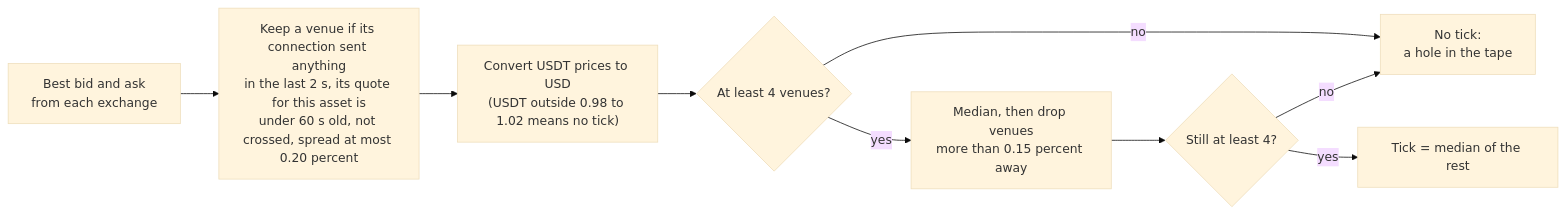
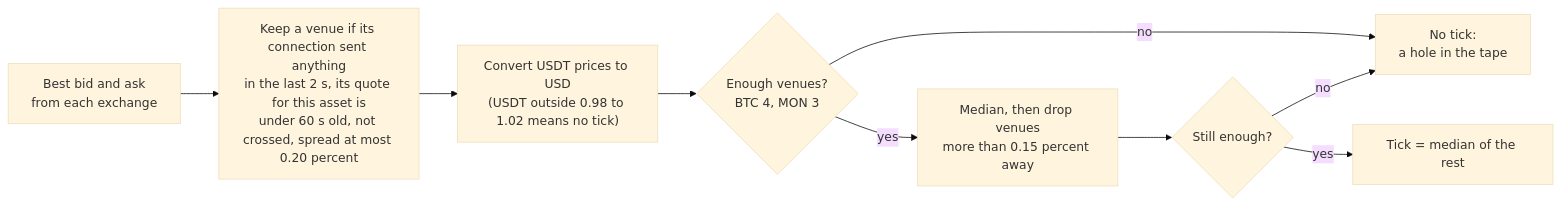
Before and after one commit to penguinpecker/hexit: the fourth of 5 diagrams in docs/ARCHITECTURE.md, drawn with Mermaid (base theme). The commit also changed other lines of this file and 5 other files, not shown here.

Commit message:
Market data from Perpl on Monad testnet (BTC 16, MON 64); per-market quorum

````diff
--- a/docs/ARCHITECTURE.md
+++ b/docs/ARCHITECTURE.md
@@ -194,11 +194,11 @@
 ```mermaid
 flowchart LR
   V["Best bid and ask<br/>from each exchange"] --> F["Keep a venue if its connection sent anything<br/>in the last 2 s, its quote for this asset is<br/>under 60 s old, not crossed, spread at most 0.20 percent"]
   F --> U["Convert USDT prices to USD<br/>(USDT outside 0.98 to 1.02 means no tick)"]
-  U --> Q1{"At least 4 venues?"}
+  U --> Q1{"Enough venues?<br/>BTC 4, MON 3"}
   Q1 -->|"no"| H["No tick:<br/>a hole in the tape"]
   Q1 -->|"yes"| M["Median, then drop venues<br/>more than 0.15 percent away"]
-  M --> Q2{"Still at least 4?"}
+  M --> Q2{"Still enough?"}
   Q2 -->|"no"| H
   Q2 -->|"yes"| T["Tick = median of the rest"]
 ```
````
